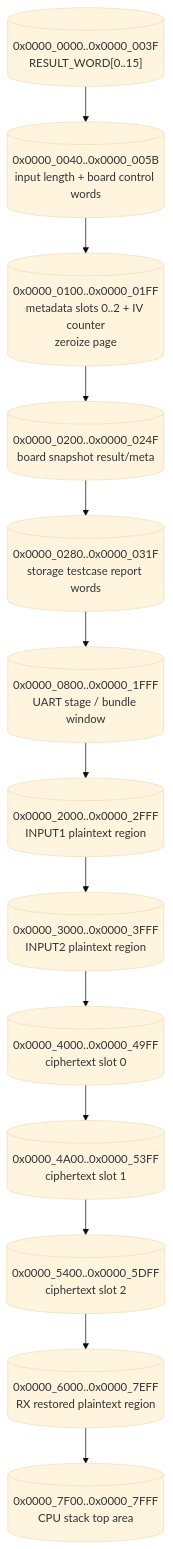
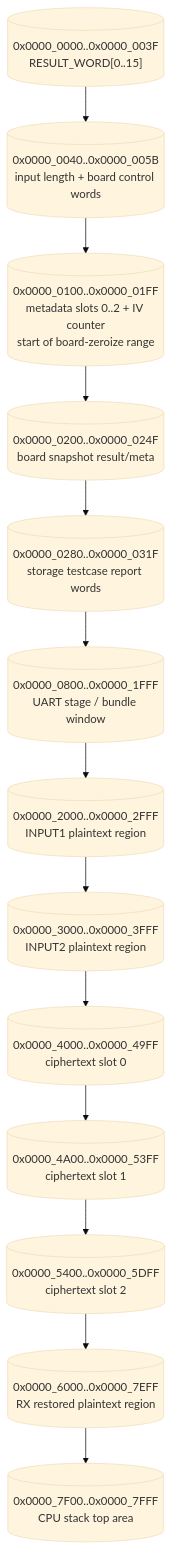
One commit to ngoquocan139/AES_huffman_all6 changed the diagram in docs/dmem_partition_diagram_spec.md. Above: the diagram before and after it, drawn with Mermaid (base theme). The commit also changed other lines of this file and 170 other files, not shown here.

````diff
--- a/docs/dmem_partition_diagram_spec.md
+++ b/docs/dmem_partition_diagram_spec.md
@@ -72,18 +72,18 @@
 ```mermaid
 flowchart TB
     A[("0x0000_0000..0x0000_003F<br/>RESULT_WORD[0..15]")]
     B[("0x0000_0040..0x0000_005B<br/>input length + board control words")]
-    C[("0x0000_0100..0x0000_01FF<br/>metadata slots 0..2 + IV counter<br/>zeroize page")]
+    C[("0x0000_0100..0x0000_01FF<br/>metadata slots 0..2 + IV counter<br/>start of board-zeroize range")]
     D[("0x0000_0200..0x0000_024F<br/>board snapshot result/meta")]
     E[("0x0000_0280..0x0000_031F<br/>storage testcase report words")]
     F[("0x0000_0800..0x0000_1FFF<br/>UART stage / bundle window")]
     G[("0x0000_2000..0x0000_2FFF<br/>INPUT1 plaintext region")]
     H[("0x0000_3000..0x0000_3FFF<br/>INPUT2 plaintext region")]
     I[("0x0000_4000..0x0000_49FF<br/>ciphertext slot 0")]
     J[("0x0000_4A00..0x0000_53FF<br/>ciphertext slot 1")]
     K[("0x0000_5400..0x0000_5DFF<br/>ciphertext slot 2")]
     L[("0x0000_6000..0x0000_7EFF<br/>RX restored plaintext region")]
     M[("0x0000_7F00..0x0000_7FFF<br/>CPU stack top area")]
 
     A --> B --> C --> D --> E --> F --> G --> H --> I --> J --> K --> L --> M
 ```
````
